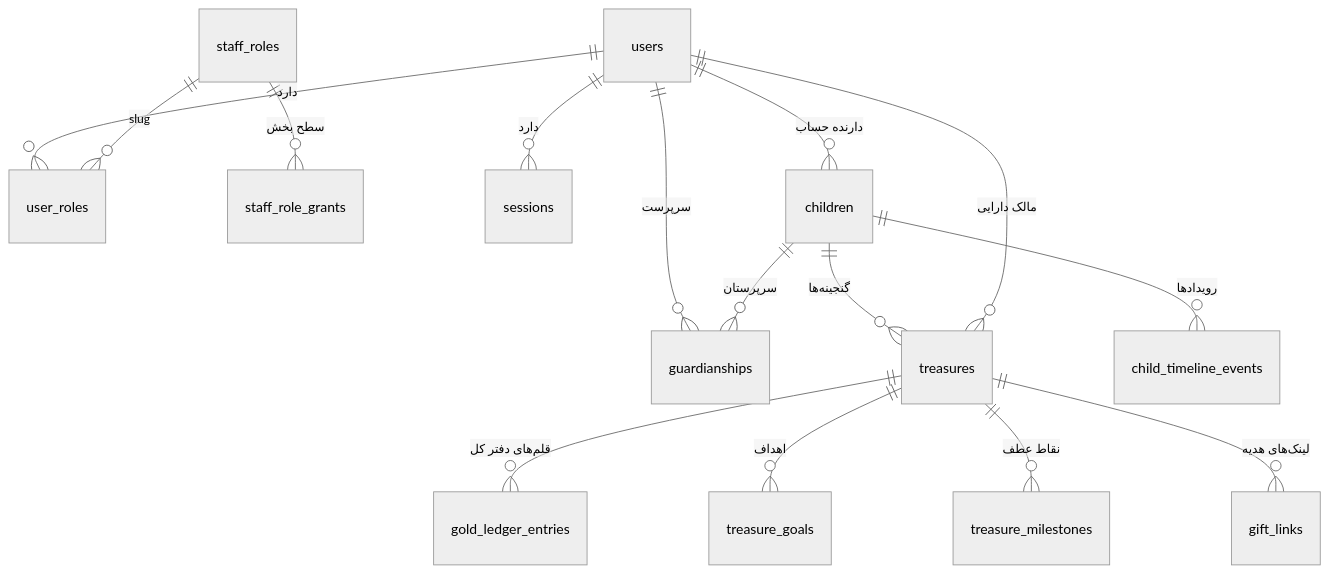
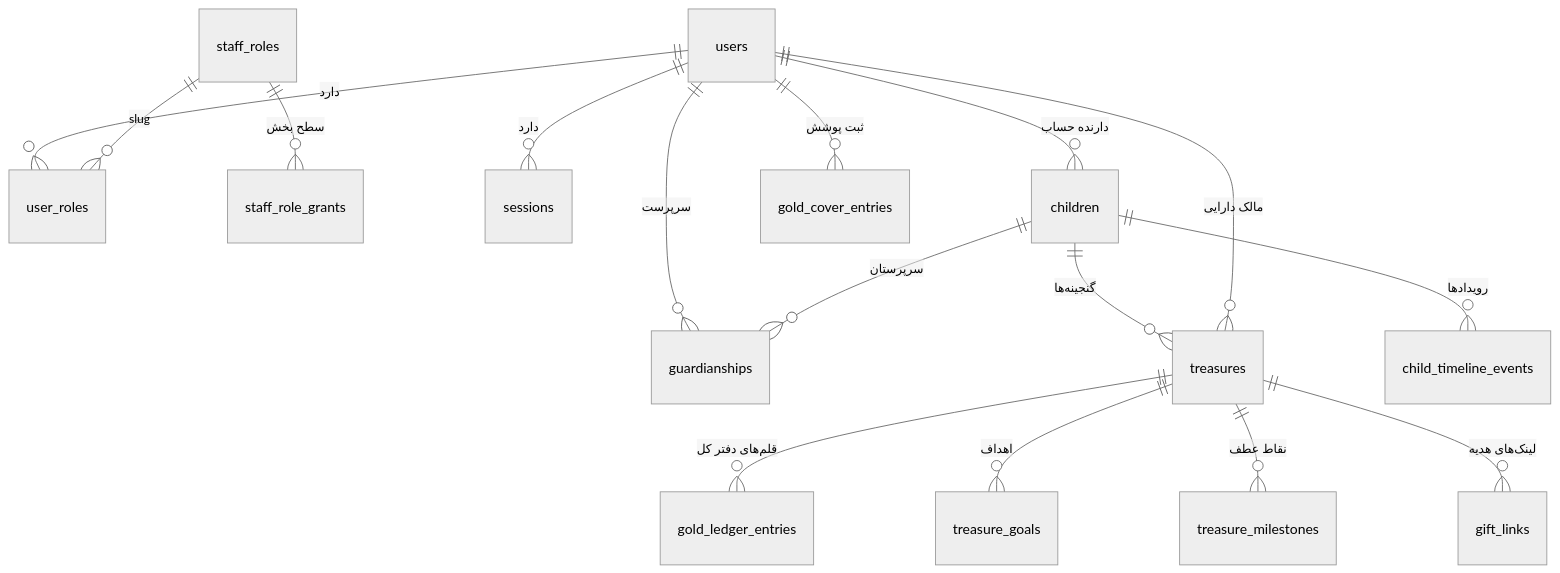
Before and after one commit to aicenter320-del/7manzome: the first of 5 diagrams in docs/02-domain/erd.md, drawn with Mermaid (neutral theme). The commit also changed 70 other files, not shown here.

````diff
--- a/docs/02-domain/erd.md
+++ b/docs/02-domain/erd.md
@@ -7,17 +7,18 @@
 ```mermaid
 erDiagram
     users ||--o{ user_roles : "دارد"
     staff_roles ||--o{ staff_role_grants : "سطح بخش"
     staff_roles ||--o{ user_roles : "slug"
     users ||--o{ sessions : "دارد"
     users ||--o{ children : "دارنده حساب"
     users ||--o{ guardianships : "سرپرست"
     children ||--o{ guardianships : "سرپرستان"
     children ||--o{ treasures : "گنجینه‌ها"
     children ||--o{ child_timeline_events : "رویدادها"
     treasures ||--o{ gold_ledger_entries : "قلم‌های دفتر کل"
     treasures ||--o{ treasure_goals : "اهداف"
     treasures ||--o{ treasure_milestones : "نقاط عطف"
     treasures ||--o{ gift_links : "لینک‌های هدیه"
     users ||--o{ treasures : "مالک دارایی"
+    users ||--o{ gold_cover_entries : "ثبت پوشش"
 ```
````
